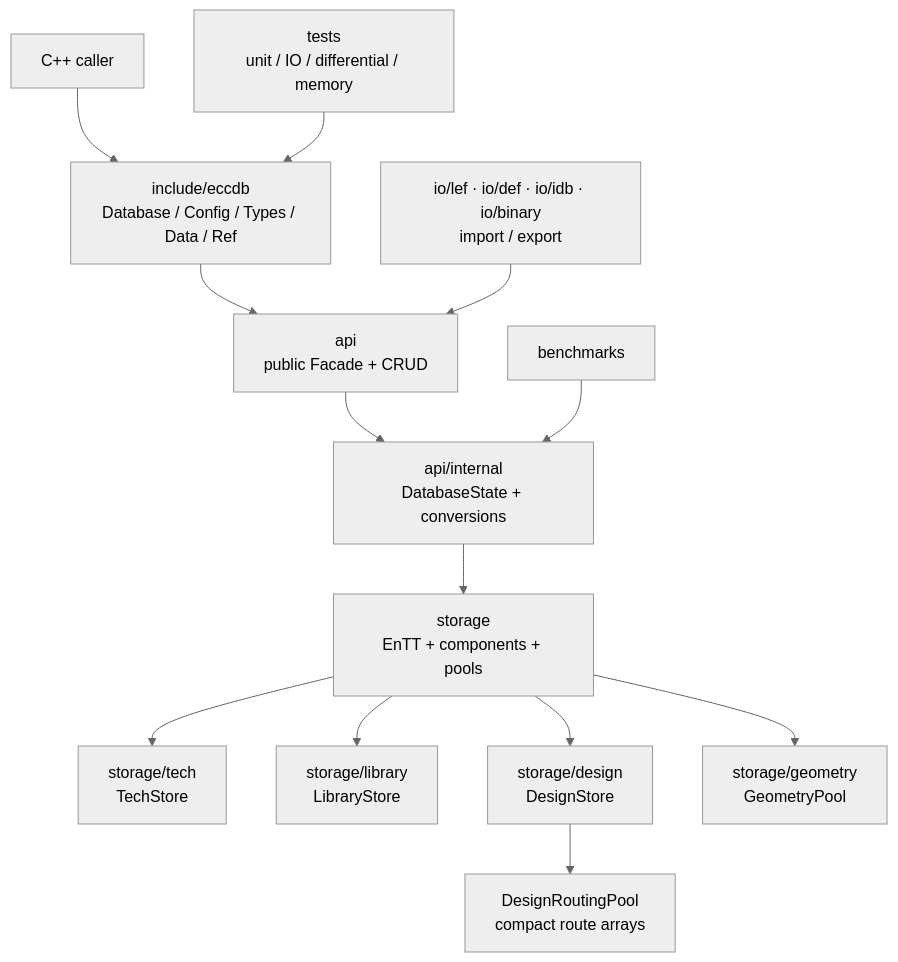
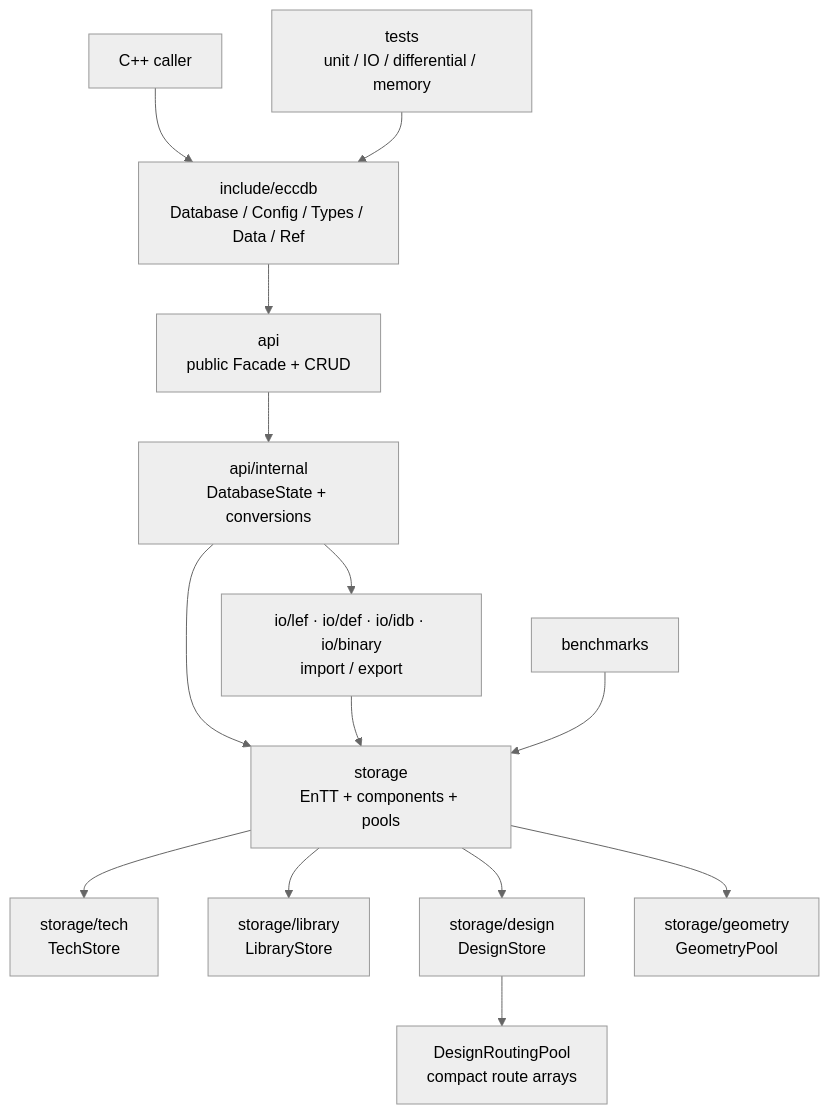
The first of 3 diagrams in src/database/eccdb/doc/Architecture.en.md (openecos-projects/ecc-tools), drawn with Mermaid (neutral theme) before and after one commit. The commit also changed other lines of this file and 15 other files, not shown here.

````diff
--- a/src/database/eccdb/doc/Architecture.en.md
+++ b/src/database/eccdb/doc/Architecture.en.md
@@ -19,15 +21,16 @@
 ```mermaid
 flowchart TB
   client["C++ caller"] --> public["include/eccdb\nDatabase / Config / Types / Data / Ref"]
   public --> api["api\npublic Facade + CRUD"]
   api --> internal["api/internal\nDatabaseState + conversions"]
   internal --> stores["storage\nEnTT + components + pools"]
   stores --> tech["storage/tech\nTechStore"]
   stores --> library["storage/library\nLibraryStore"]
   stores --> design["storage/design\nDesignStore"]
   stores --> geometry["storage/geometry\nGeometryPool"]
   design --> routing["DesignRoutingPool\ncompact route arrays"]
-  io["io/lef · io/def · io/idb · io/binary\nimport / export"] --> api
+  internal --> io["io/lef · io/def · io/idb · io/binary\nimport / export"]
+  io --> stores
   tests["tests\nunit / IO / differential / memory"] --> public
-  benchmarks["benchmarks"] --> internal
+  benchmarks["benchmarks"] --> stores
 ```
````
